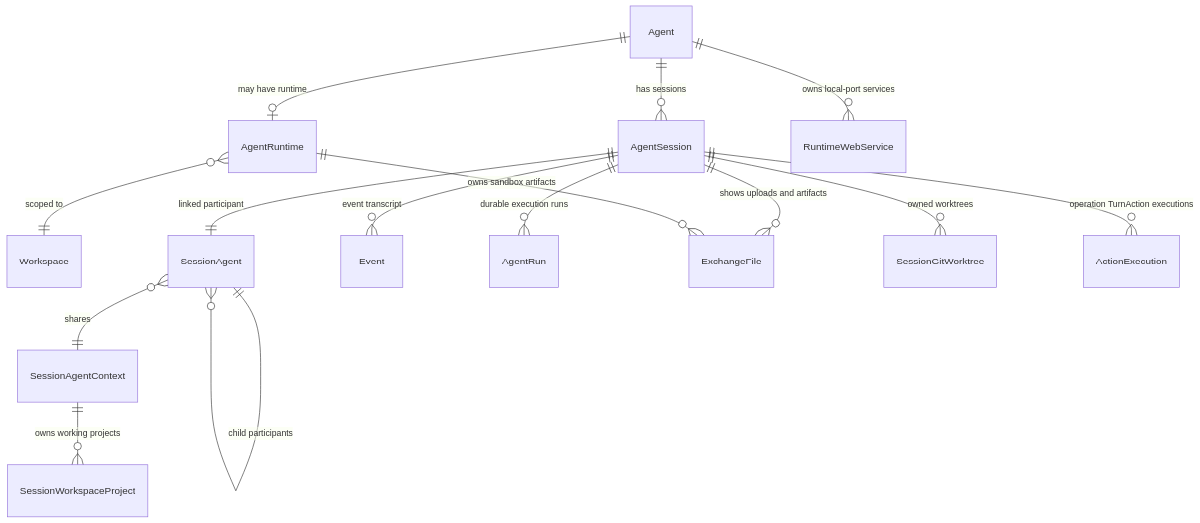
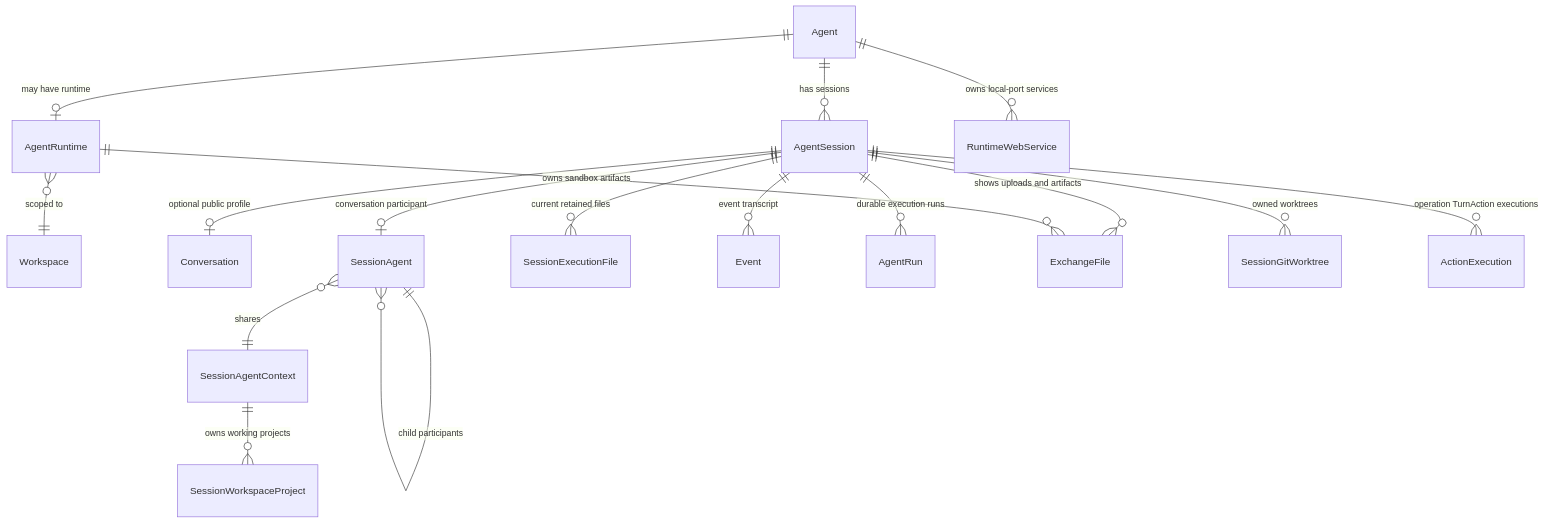
Before and after one commit to azents/azents: the diagram in docs/azents/spec/domain/conversation.md, drawn with Mermaid. The commit also changed other lines of this file and 114 other files, not shown here.

Commit message:
feat(session): extract common execution and retained lifecycle

````diff
--- a/docs/azents/spec/domain/conversation.md
+++ b/docs/azents/spec/domain/conversation.md
@@ -212,17 +225,19 @@
 ```mermaid
 erDiagram
     Agent ||--o| AgentRuntime : "may have runtime"
     Agent ||--o{ AgentSession : "has sessions"
     AgentRuntime }o--|| Workspace : "scoped to"
-    AgentSession ||--|| SessionAgent : "linked participant"
+    AgentSession ||--o| Conversation : "optional public profile"
+    AgentSession ||--o| SessionAgent : "conversation participant"
+    AgentSession ||--o{ SessionExecutionFile : "current retained files"
     SessionAgent ||--o{ SessionAgent : "child participants"
     SessionAgent }o--|| SessionAgentContext : "shares"
     SessionAgentContext ||--o{ SessionWorkspaceProject : "owns working projects"
     AgentSession ||--o{ Event : "event transcript"
     AgentSession ||--o{ AgentRun : "durable execution runs"
     AgentSession ||--o{ ExchangeFile : "shows uploads and artifacts"
     AgentSession ||--o{ SessionGitWorktree : "owned worktrees"
     AgentSession ||--o{ ActionExecution : "operation TurnAction executions"
     Agent ||--o{ RuntimeWebService : "owns local-port services"
     AgentRuntime ||--o{ ExchangeFile : "owns sandbox artifacts"
 ```
````
